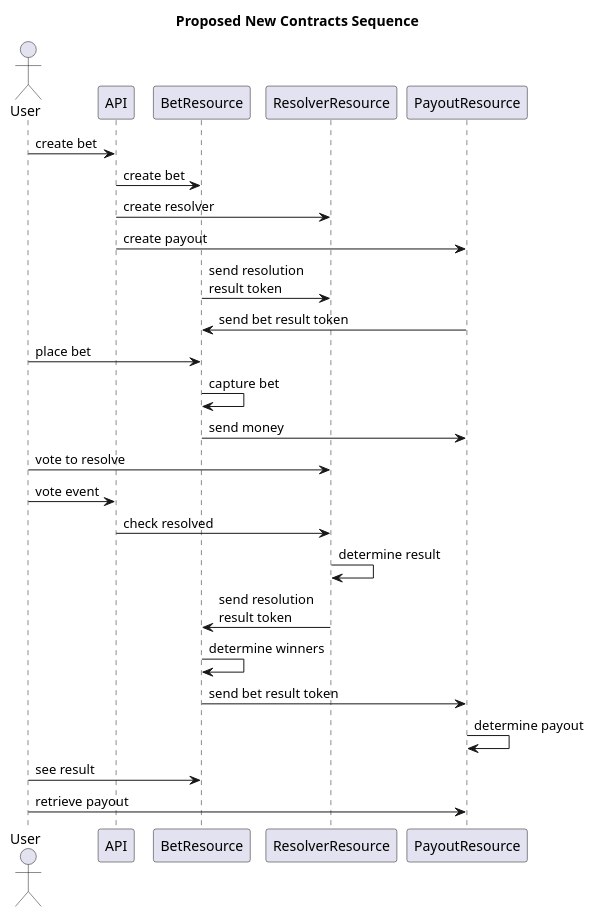
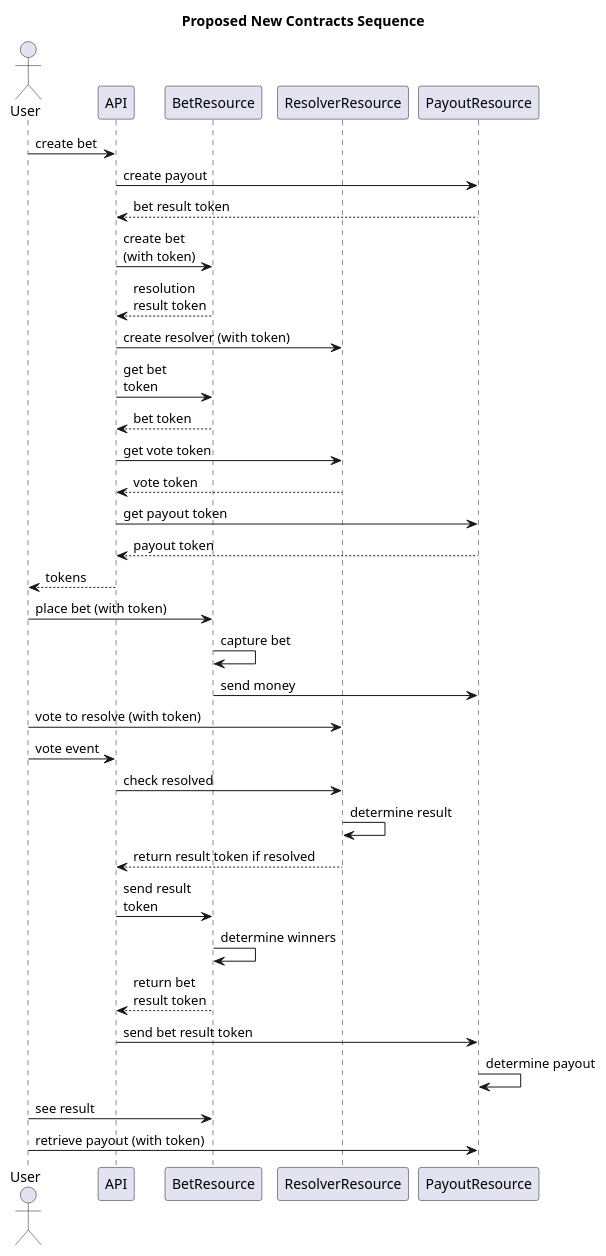
One commit to adhurjaty/prediction-app changed the diagram in docs/Diagrams/src/Architecture/newContractSeq.puml. Above: the diagram before and after it, drawn with PlantUML. The commit also changed 1 other file, not shown here.

Commit message:
wip new contract arch diagrams

```diff
--- a/docs/Diagrams/src/Architecture/newContractSeq.puml
+++ b/docs/Diagrams/src/Architecture/newContractSeq.puml
@@ -1,31 +1,40 @@
 @startuml newContractSeq
 
 title Proposed New Contracts Sequence
 
 actor User as user
 participant API as api
 participant BetResource as br
 participant ResolverResource as rr
 participant PayoutResource as pr
 
 user -> api : create bet
-api -> br : create bet
-api -> rr : create resolver
 api -> pr : create payout
-br -> rr : send resolution\nresult token
-pr -> br : send bet result token
-user -> br : place bet
+pr --> api : bet result token
+api -> br : create bet\n(with token)
+br --> api : resolution\nresult token
+api -> rr : create resolver (with token)
+api -> br : get bet\ntoken
+br --> api : bet token
+api -> rr : get vote token
+rr --> api : vote token
+api -> pr : get payout token
+pr --> api : payout token
+api --> user : tokens
+user -> br : place bet (with token)
 br -> br : capture bet
 br -> pr : send money
-user -> rr : vote to resolve
+user -> rr : vote to resolve (with token)
 user -> api : vote event
 api -> rr : check resolved
 rr -> rr : determine result
-rr -> br : send resolution\nresult token
+rr --> api : return result token if resolved
+api -> br : send result\ntoken
 br -> br : determine winners
-br -> pr : send bet result token
+br --> api : return bet\nresult token
+api -> pr : send bet result token
 pr -> pr : determine payout
 user -> br : see result
-user -> pr : retrieve payout
+user -> pr : retrieve payout (with token)
 
 @enduml
```
